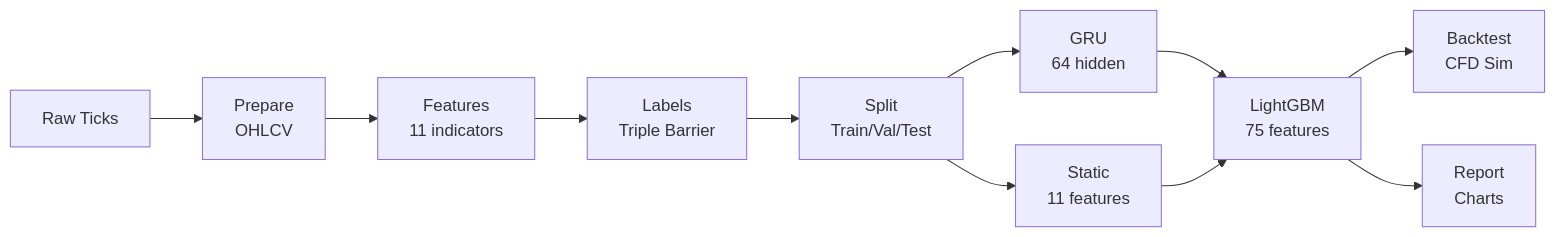
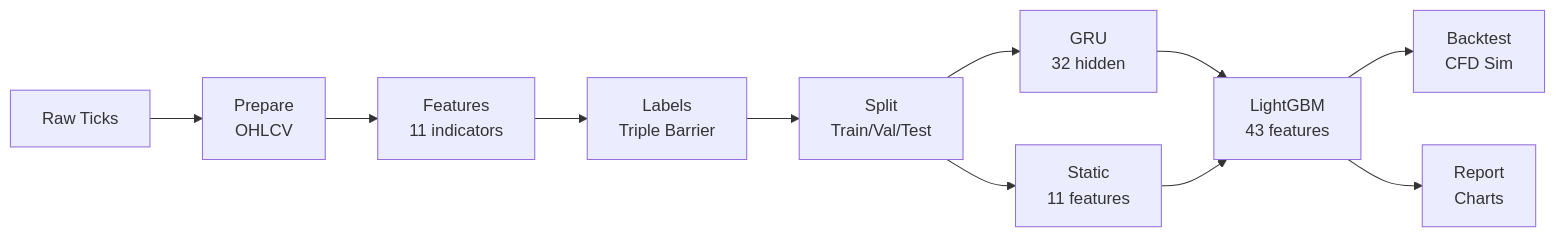
One commit to ultimateBroK/thesis-hybrid-stacking changed the first of 2 diagrams in README.md. Above: the diagram before and after it, drawn with Mermaid. The commit also changed other lines of this file and 15 other files, not shown here.

````diff
--- a/README.md
+++ b/README.md
@@ -52,13 +52,13 @@
 ```mermaid
 flowchart LR
     A["Raw Ticks"] --> B["Prepare<br/>OHLCV"]
     B --> C["Features<br/>11 indicators"]
     C --> D["Labels<br/>Triple Barrier"]
     D --> E["Split<br/>Train/Val/Test"]
-    E --> F["GRU<br/>64 hidden"]
+    E --> F["GRU<br/>32 hidden"]
     E --> G["Static<br/>11 features"]
-    F --> H["LightGBM<br/>75 features"]
+    F --> H["LightGBM<br/>43 features"]
     G --> H
     H --> I["Backtest<br/>CFD Sim"]
     H --> J["Report<br/>Charts"]
 ```
````
